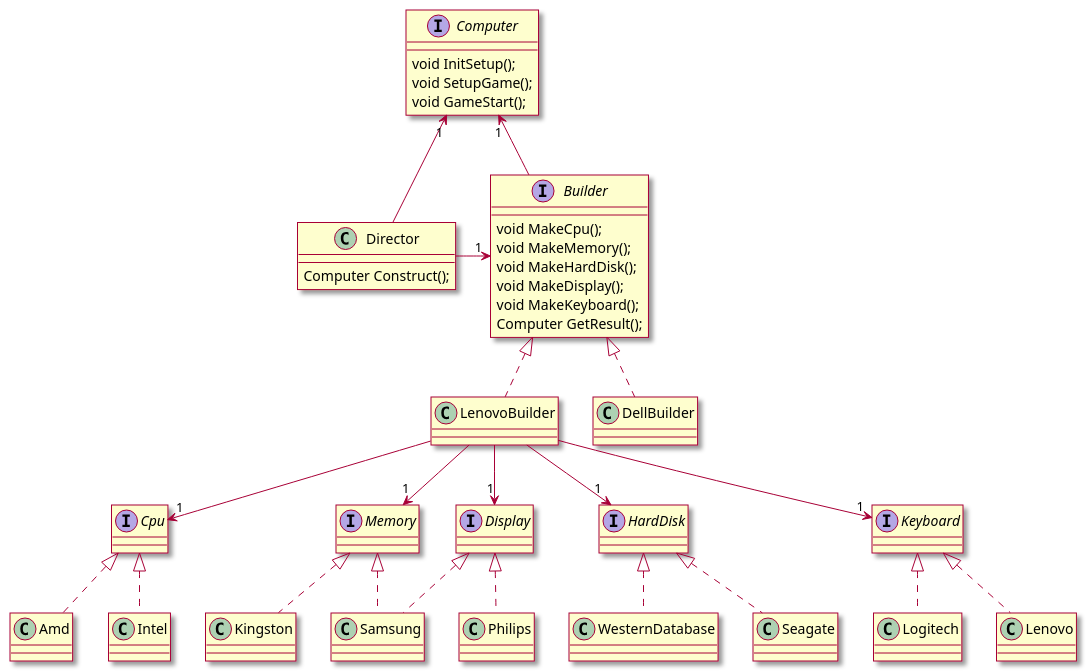
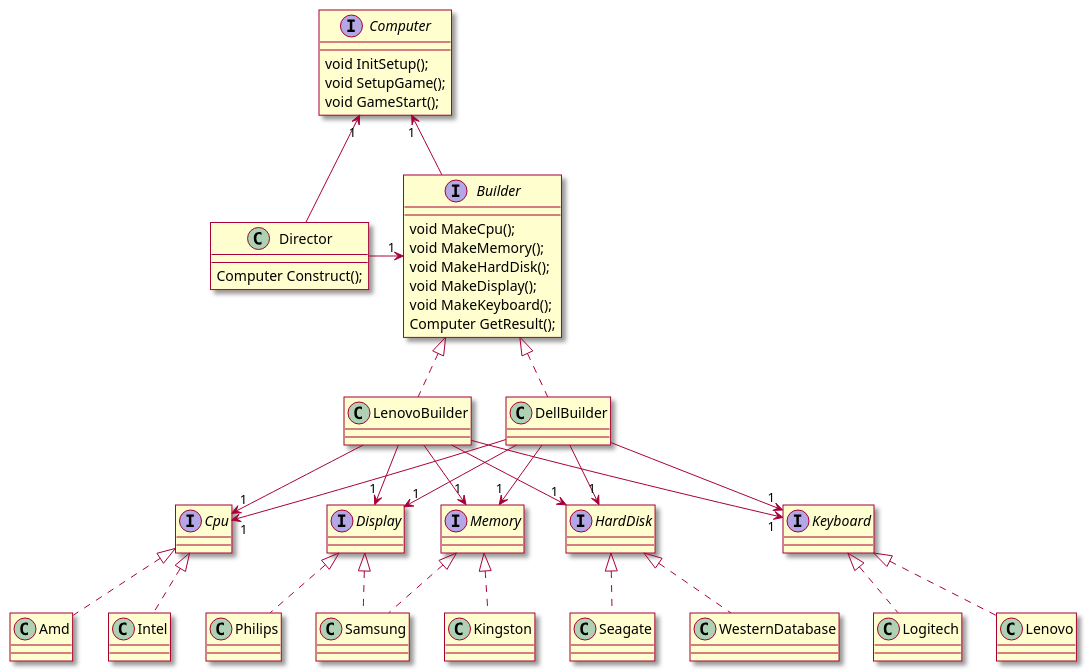
Before and after one commit to yanxueweicn/tdd_dev: the diagram in src/s2_logic_design_pattern/s1_design_pattern_create/BuilderClassDiagram.puml, drawn with PlantUML.

Commit message:
增加类图

```diff
--- a/src/s2_logic_design_pattern/s1_design_pattern_create/BuilderClassDiagram.puml
+++ b/src/s2_logic_design_pattern/s1_design_pattern_create/BuilderClassDiagram.puml
@@ -1,53 +1,59 @@
 @startuml
 skin rose
 
 interface Computer {
     void InitSetup();
     void SetupGame();
     void GameStart();
 }
 interface Builder {
     void MakeCpu();
     void MakeMemory();
     void MakeHardDisk();
     void MakeDisplay();
     void MakeKeyboard();
     Computer GetResult();
 }
 Builder -u-> "1" Computer
 
 class LenovoBuilder implements Builder
 class DellBuilder implements Builder
 class Director {
     Computer Construct();
 }
 Director -r-> "1" Builder
 Director -u-> "1" Computer
 
 interface Cpu
 class Intel implements Cpu
 class Amd implements Cpu
 
 interface Memory
 class Samsung implements Memory
 class Kingston implements Memory
 
 interface HardDisk
 class WesternDatabase implements HardDisk
 class Seagate implements HardDisk
 
 interface Display
 class Samsung implements Display
 class Philips implements Display
 
 interface Keyboard
 class Lenovo implements Keyboard
 class Logitech implements Keyboard
 
 LenovoBuilder --> "1" Cpu
 LenovoBuilder --> "1" Memory
 LenovoBuilder --> "1" HardDisk
 LenovoBuilder --> "1" Display
 LenovoBuilder --> "1" Keyboard
 
+DellBuilder --> "1" Cpu
+DellBuilder --> "1" Memory
+DellBuilder --> "1" HardDisk
+DellBuilder --> "1" Display
+DellBuilder --> "1" Keyboard
+
 @enduml
```
